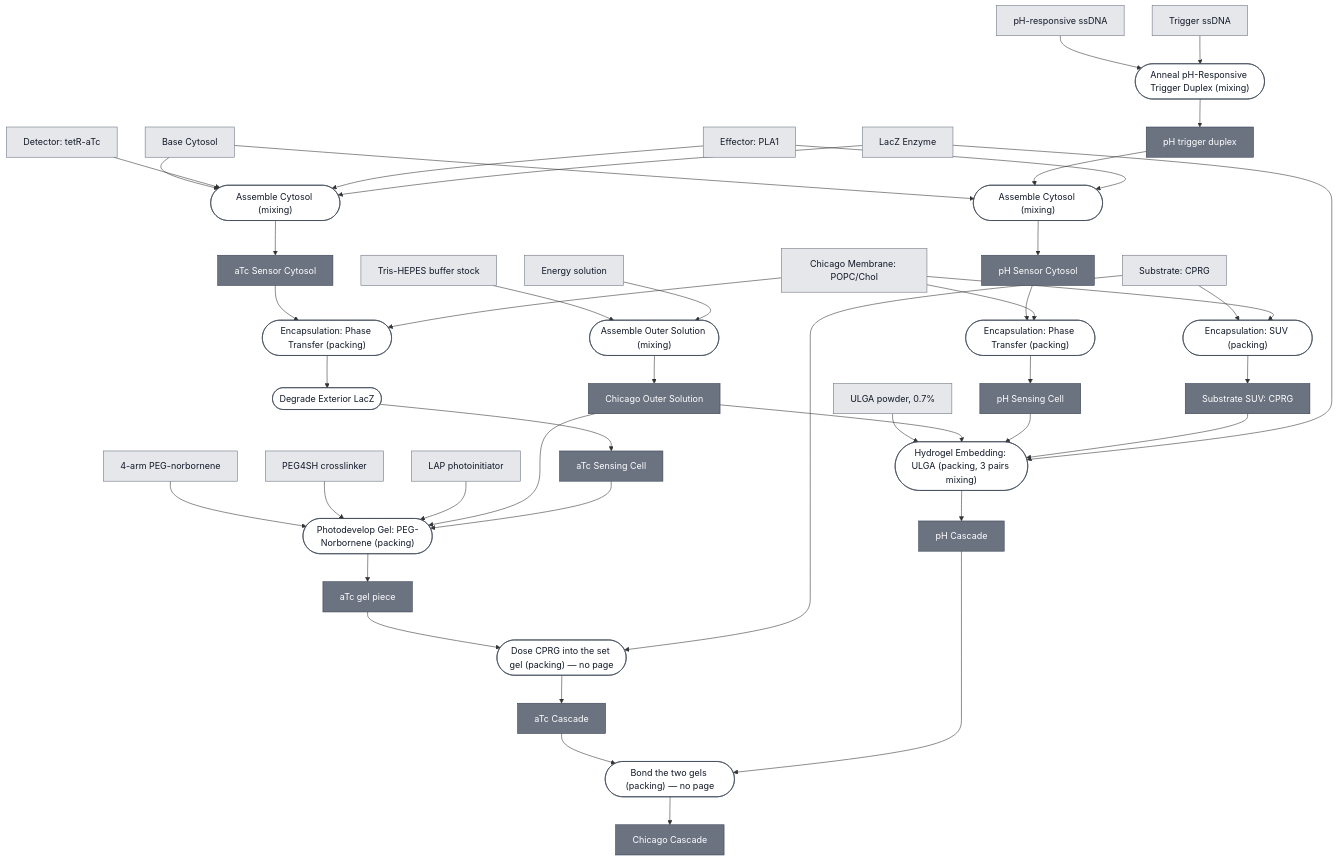
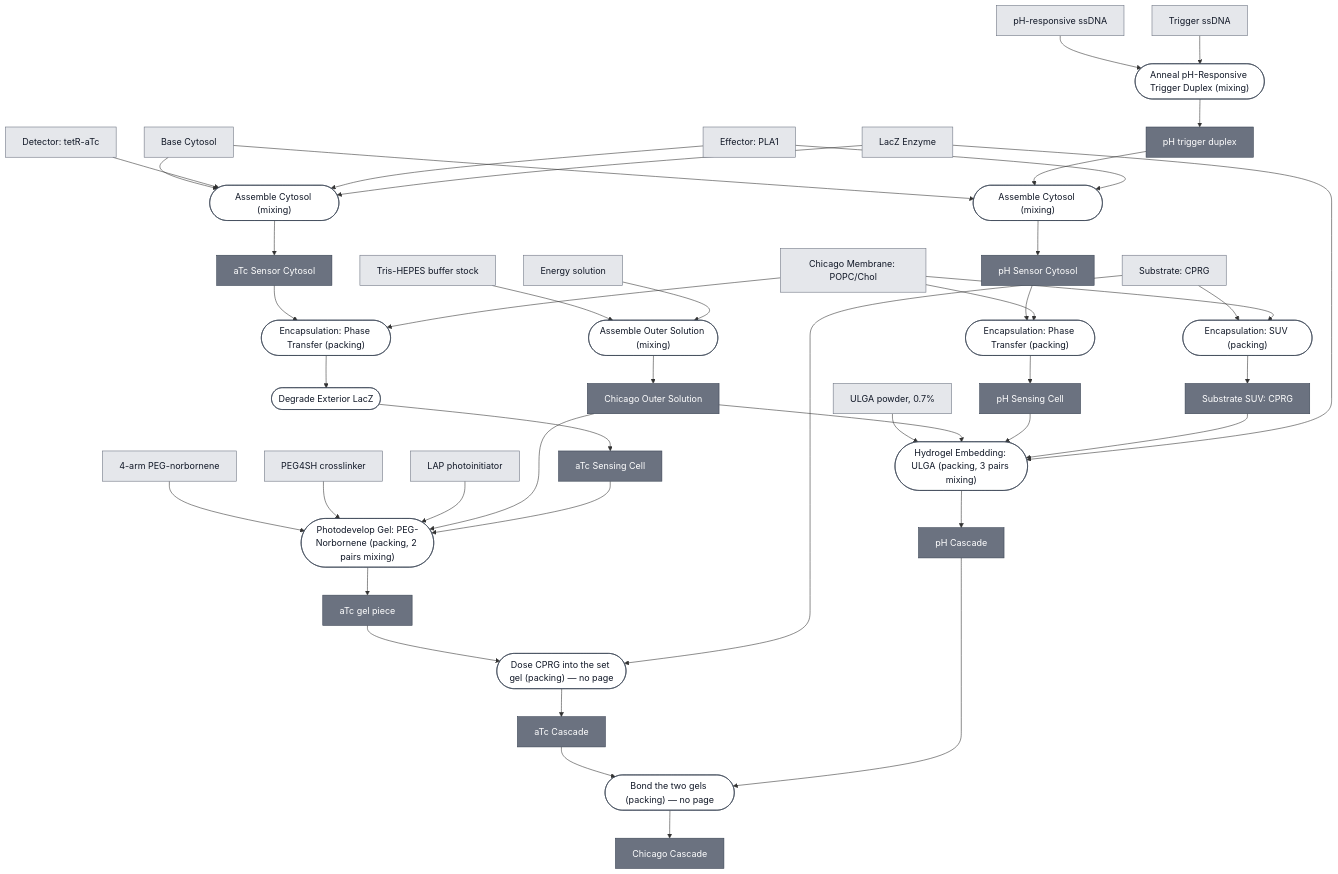
One commit to nucleus-eng/nucleus-docs changed the diagram in docs/modules/chicago-cascade/spec.md. Above: the diagram before and after it, drawn with Mermaid. The commit also changed 5 other files, not shown here.

```diff
--- a/docs/modules/chicago-cascade/spec.md
+++ b/docs/modules/chicago-cascade/spec.md
@@ -58,7 +58,7 @@
     P3_ENCAPSULATE_ATC_0(["Encapsulation: Phase Transfer (packing)"])
     P3_ENCAPSULATE_ATC_1(["Degrade Exterior LacZ"])
     ATC_SENSING_CELL["aTc Sensing Cell"]
-    P4_PHOTODEVELOP_ATC_GEL_0(["Photodevelop Gel: PEG-Norbornene (packing)"])
+    P4_PHOTODEVELOP_ATC_GEL_0(["Photodevelop Gel: PEG-Norbornene (packing, 2 pairs mixing)"])
     ATC_GEL["aTc gel piece"]
     P5_DOSE_CPRG_INTO_ATC_GEL_0(["Dose CPRG into the set gel (packing) — no page"])
     ATC_CASCADE["aTc Cascade"]
```
